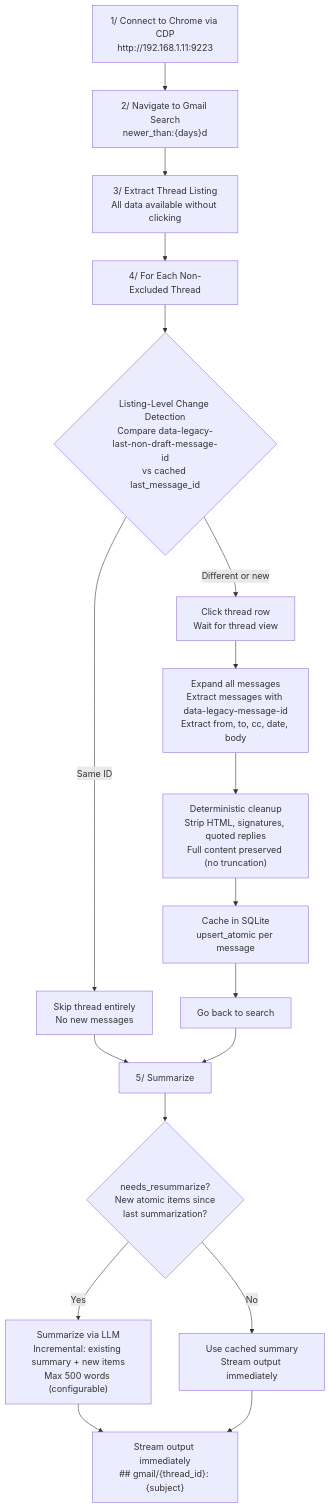
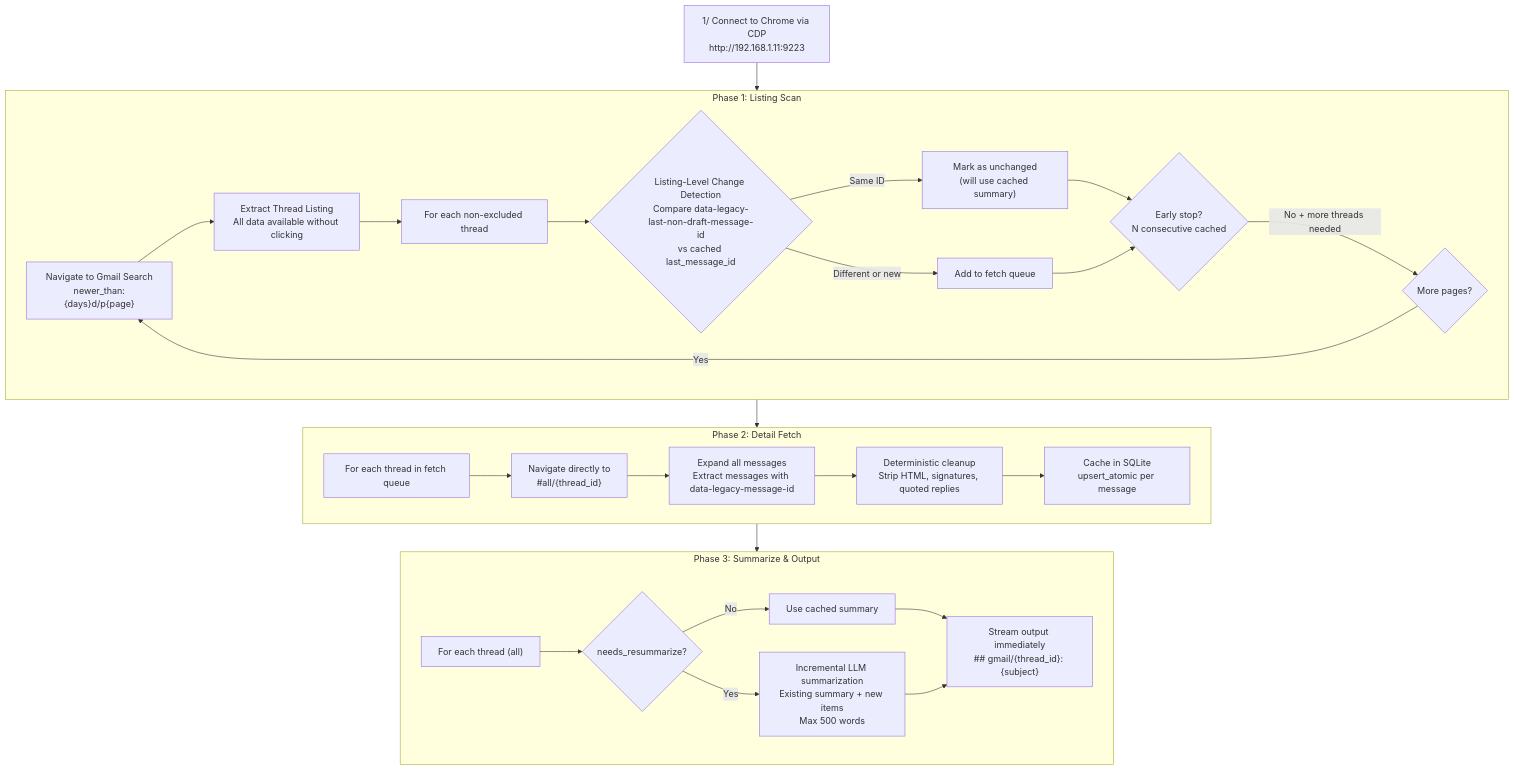
The first of 5 diagrams in skills/gmail/_architecture.md (MichaelBui/AgentZero), drawn with Mermaid before and after one commit. The commit also changed other lines of this file and 3 other files, not shown here.

First line of the commit message:
⏳ Auto - Gmail skill: two-phase pagination, early-stop, updated defaults

````diff
--- a/skills/gmail/_architecture.md
+++ b/skills/gmail/_architecture.md
@@ -8,23 +8,34 @@
 ```mermaid
 flowchart TD
-    A["1/ Connect to Chrome via CDP\nhttp://192.168.1.11:9223"] --> B["2/ Navigate to Gmail Search\nnewer_than:{days}d"]
-    B --> C["3/ Extract Thread Listing\nAll data available without clicking"]
+    A["1/ Connect to Chrome via CDP\nhttp://192.168.1.11:9223"] --> P1
 
-    C --> D["4/ For Each Non-Excluded Thread"]
-    D --> D1{"Listing-Level Change Detection\nCompare data-legacy-last-non-draft-message-id\nvs cached last_message_id"}
-    D1 -->|"Same ID"| SKIP["Skip thread entirely\nNo new messages"]
-    D1 -->|"Different or new"| D2["Click thread row\nWait for thread view"]
+    subgraph P1["Phase 1: Listing Scan"]
+        B["Navigate to Gmail Search\nnewer_than:{days}d/p{page}"] --> C["Extract Thread Listing\nAll data available without clicking"]
+        C --> D["For each non-excluded thread"]
+        D --> D1{"Listing-Level Change Detection\nCompare data-legacy-last-non-draft-message-id\nvs cached last_message_id"}
+        D1 -->|"Same ID"| SKIP["Mark as unchanged\n(will use cached summary)"]
+        D1 -->|"Different or new"| FETCH["Add to fetch queue"]
+        SKIP --> CHK{"Early stop?\nN consecutive cached"}
+        FETCH --> CHK
+        CHK -->|"No + more threads needed"| NP{"More pages?"}
+        NP -->|"Yes"| B
+    end
 
-    D2 --> D3["Expand all messages\nExtract messages with data-legacy-message-id\nExtract from, to, cc, date, body"]
-    D3 --> D4["Deterministic cleanup\nStrip HTML, signatures, quoted replies\nFull content preserved (no truncation)"]
-    D4 --> D5["Cache in SQLite\nupsert_atomic per message"]
-    D5 --> D6["Go back to search"]
+    subgraph P2["Phase 2: Detail Fetch"]
+        F1["For each thread in fetch queue"] --> F2["Navigate directly to\n#all/{thread_id}"]
+        F2 --> F3["Expand all messages\nExtract messages with data-legacy-message-id"]
+        F3 --> F4["Deterministic cleanup\nStrip HTML, signatures, quoted replies"]
+        F4 --> F5["Cache in SQLite\nupsert_atomic per message"]
+    end
 
-    SKIP --> E["5/ Summarize"]
-    D6 --> E
-    E --> E1{"needs_resummarize?\nNew atomic items since\nlast summarization?"}
-    E1 -->|"No"| E2["Use cached summary\nStream output immediately"]
-    E1 -->|"Yes"| E3["Summarize via LLM\nIncremental: existing summary + new items\nMax 500 words (configurable)"]
-    E3 --> E4["Stream output immediately\n## gmail/{thread_id}: {subject}"]
-    E2 --> E4
+    subgraph P3["Phase 3: Summarize & Output"]
+        S1["For each thread (all)"] --> S2{"needs_resummarize?"}
+        S2 -->|"No"| S3["Use cached summary"]
+        S2 -->|"Yes"| S4["Incremental LLM summarization\nExisting summary + new items\nMax 500 words"]
+        S3 --> S5["Stream output immediately\n## gmail/{thread_id}: {subject}"]
+        S4 --> S5
+    end
+
+    P1 --> P2
+    P2 --> P3
 ```
````
